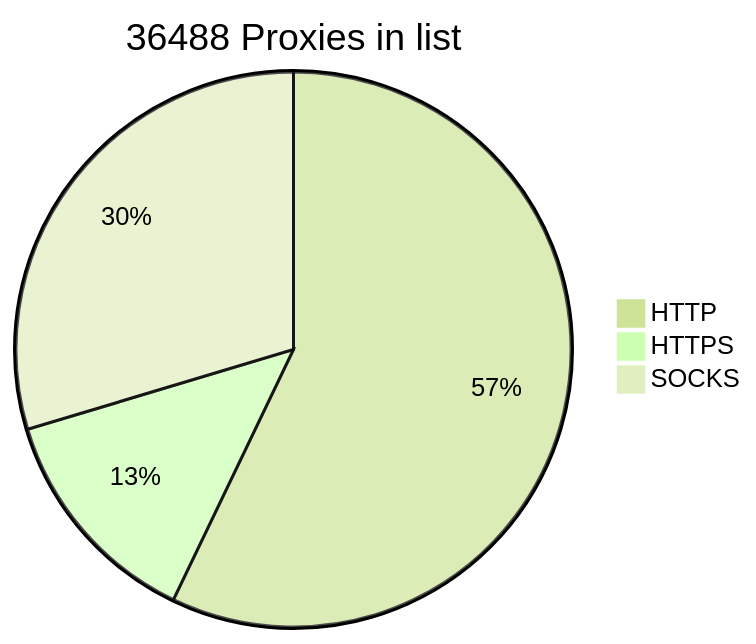
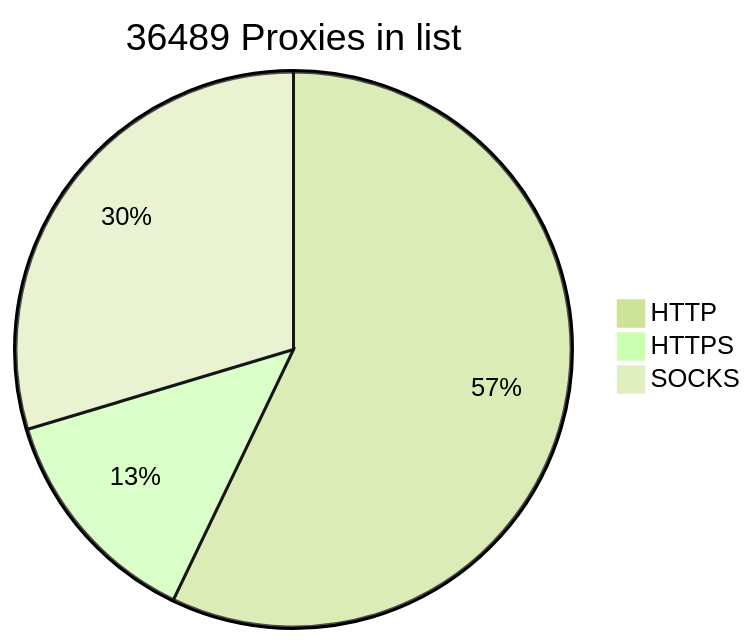
Before and after one commit to BlackSnowDot/proxylist-update-every-minute: the diagram in README.md, drawn with Mermaid (forest theme).

````diff
--- a/README.md
+++ b/README.md
@@ -2,6 +2,6 @@
 ```mermaid
-pie title 36488 Proxies in list
+pie title 36489 Proxies in list
     "HTTP" : 23151
-    "HTTPS": 5365
+    "HTTPS": 5366
     "SOCKS" : 12013
 ```
````
